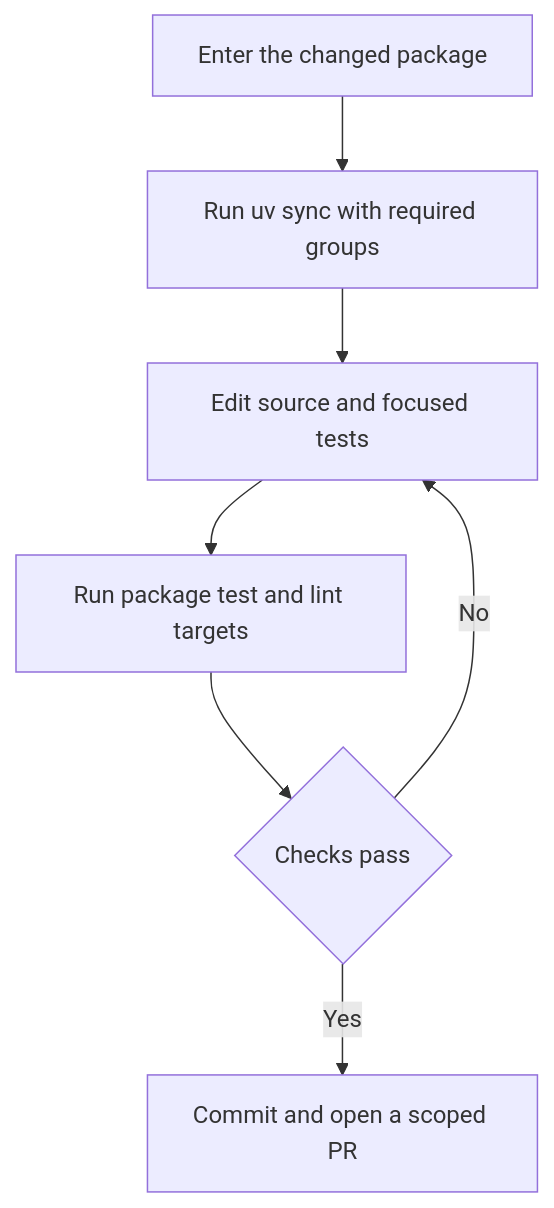
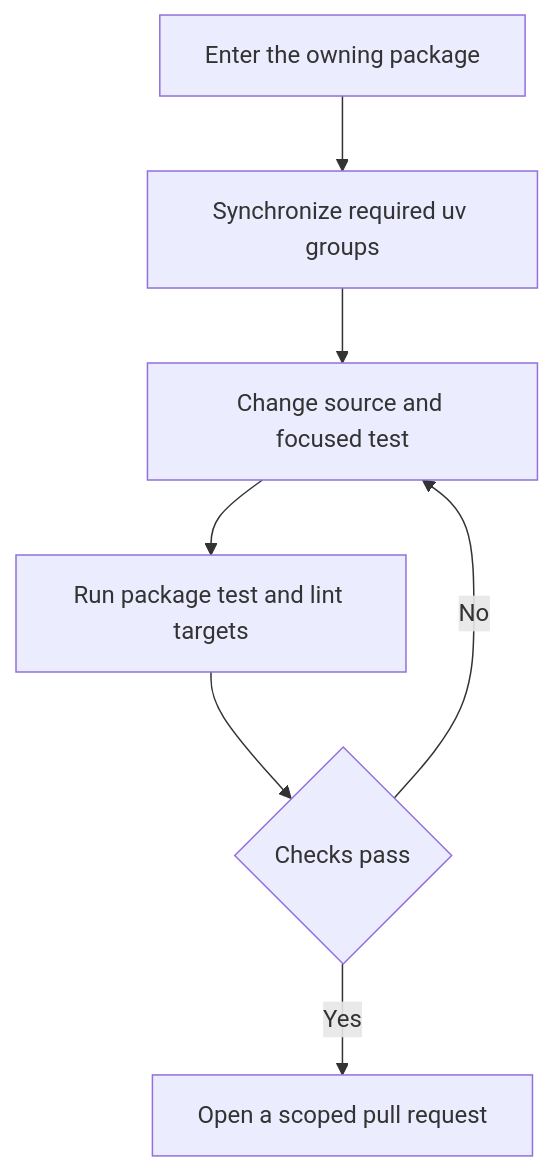
One commit to langchain-ai/deepagents changed the first of 3 diagrams in openwiki/operations/development.md. Above: the diagram before and after it, drawn with Mermaid. The commit also changed other lines of this file and 67 other files, not shown here.

````diff
--- a/openwiki/operations/development.md
+++ b/openwiki/operations/development.md
@@ -43,9 +63,9 @@
 ```mermaid
 flowchart TD
-    Enter["Enter the changed package"] --> Sync["Run uv sync with required groups"]
-    Sync --> Change["Edit source and focused tests"]
-    Change --> Verify["Run package test and lint targets"]
-    Verify --> Pass{"Checks pass"}
-    Pass -->|"No"| Change
-    Pass -->|"Yes"| Review["Commit and open a scoped PR"]
+    Work["Enter the owning package"] --> Sync["Synchronize required uv groups"]
+    Sync --> Change["Change source and focused test"]
+    Change --> Check["Run package test and lint targets"]
+    Check --> Result{"Checks pass"}
+    Result -->|"No"| Change
+    Result -->|"Yes"| Review["Open a scoped pull request"]
 ```
````
